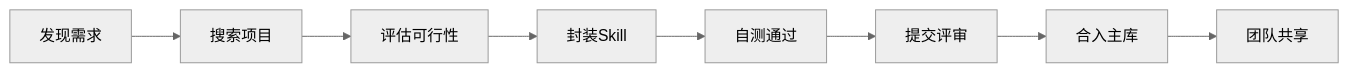
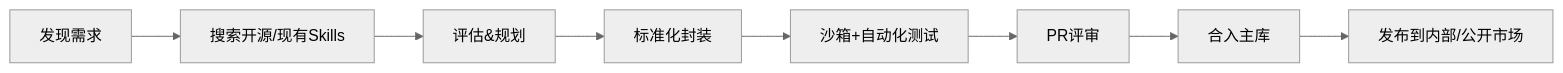
The diagram in README.md (xiaojinyu868-w/skill_origin), drawn with Mermaid (neutral theme) before and after one commit. The commit also changed other lines of this file, not shown here.

````diff
--- a/README.md
+++ b/README.md
@@ -191,10 +231,10 @@
 ```mermaid
 graph LR
-    A[发现需求] --> B[搜索项目]
-    B --> C[评估可行性]
-    C --> D[封装Skill]
-    D --> E[自测通过]
-    E --> F[提交评审]
+    A[发现需求] --> B[搜索开源/现有Skills]
+    B --> C[评估&规划]
+    C --> D[标准化封装]
+    D --> E[沙箱+自动化测试]
+    E --> F[PR评审]
     F --> G[合入主库]
-    G --> H[团队共享]
+    G --> H[发布到内部/公开市场]
 ```
````
